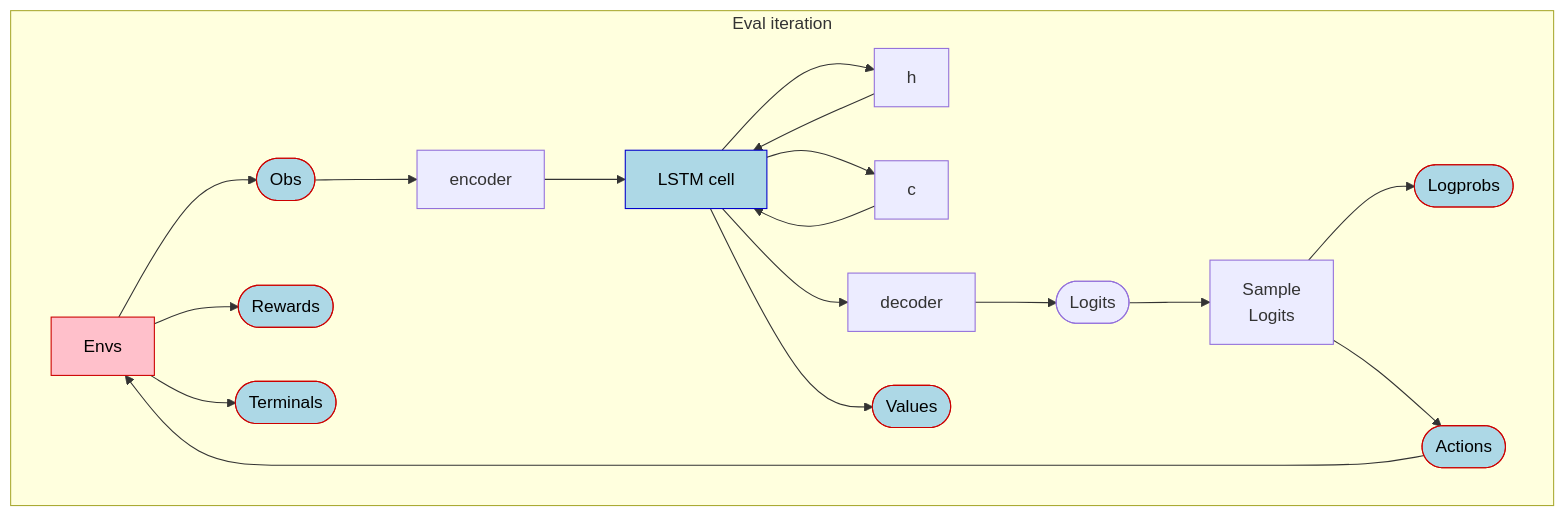
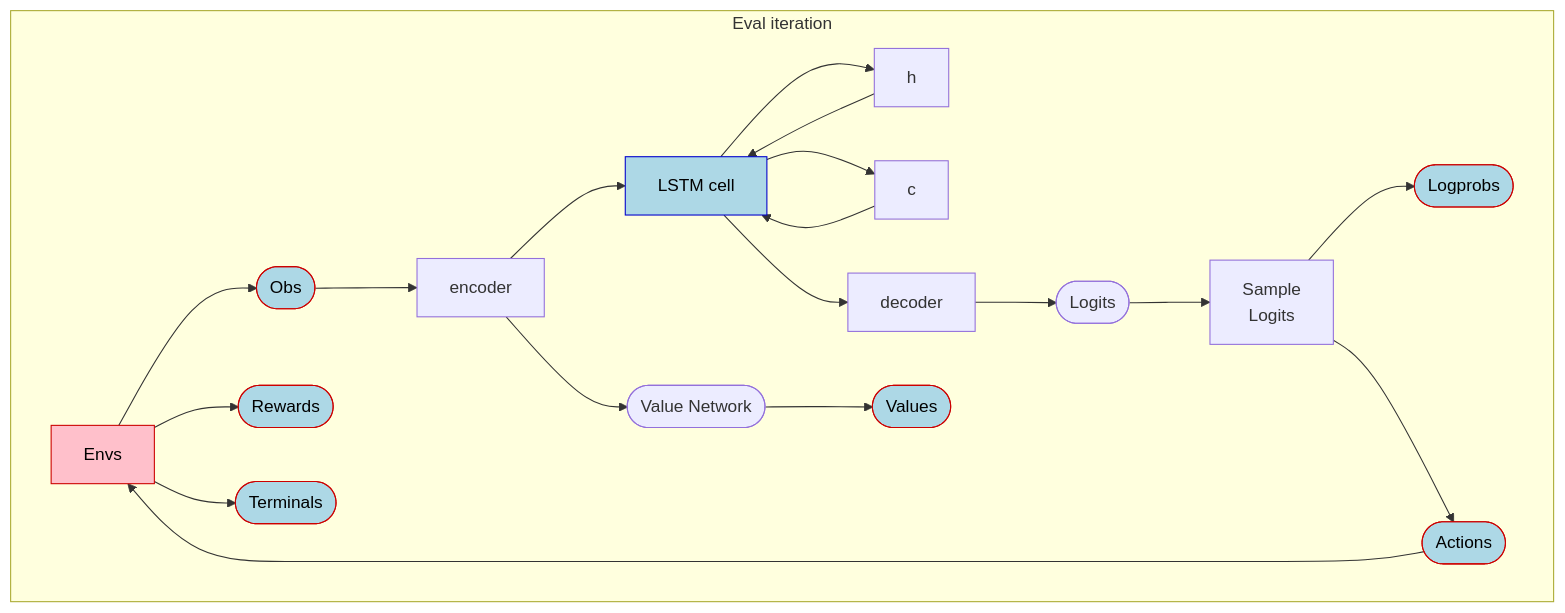
The second of 3 diagrams in README.md (rlplays/PufferLib), drawn with Mermaid before and after one commit. The commit also changed other lines of this file, not shown here.

````diff
--- a/README.md
+++ b/README.md
@@ -116,48 +116,48 @@
 ```mermaid
 flowchart 
   subgraph cluster_eval[Eval iteration]
     Envs[Envs]
     Obs([Obs])
     Rewards([Rewards])
     Terminals([Terminals])
 
     encoder[encoder]
     LSTM_Cell["LSTM cell"]
     decoder[decoder]
 
     Logits([Logits])
     Values([Values])
     sample_logits["Sample<br/>Logits"]
     Actions([Actions])
     Logprobs([Logprobs])
-
+    Value_Network([Value Network])
     h[h]
     c[c]
 
     h --> LSTM_Cell
     c --> LSTM_Cell
     LSTM_Cell --> h
     LSTM_Cell --> c
 
     Envs --> Obs
     Envs --> Rewards
     Envs --> Terminals
     Obs --> encoder
     encoder --> LSTM_Cell --> decoder --> Logits
-    LSTM_Cell --> Values
+    encoder --> Value_Network --> Values
     sample_logits --> Logprobs
     Logits --> sample_logits --> Actions
     Actions --> Envs
   end
 
   %% Styling (approximation of Graphviz colors)
   classDef lightblue fill:#ADD8E6,stroke:#CC0000,color:#000;
   classDef env fill:#FFC0CB,stroke:#CC0000,color:#000;
   classDef lstm fill:#ADD8E6,stroke:#0000CC,color:#000;
 
   class Obs,Values,Actions,Logprobs,Rewards,Terminals lightblue;
   class Envs env;
   class LSTM_Cell lstm;
 
 
 ```
````
